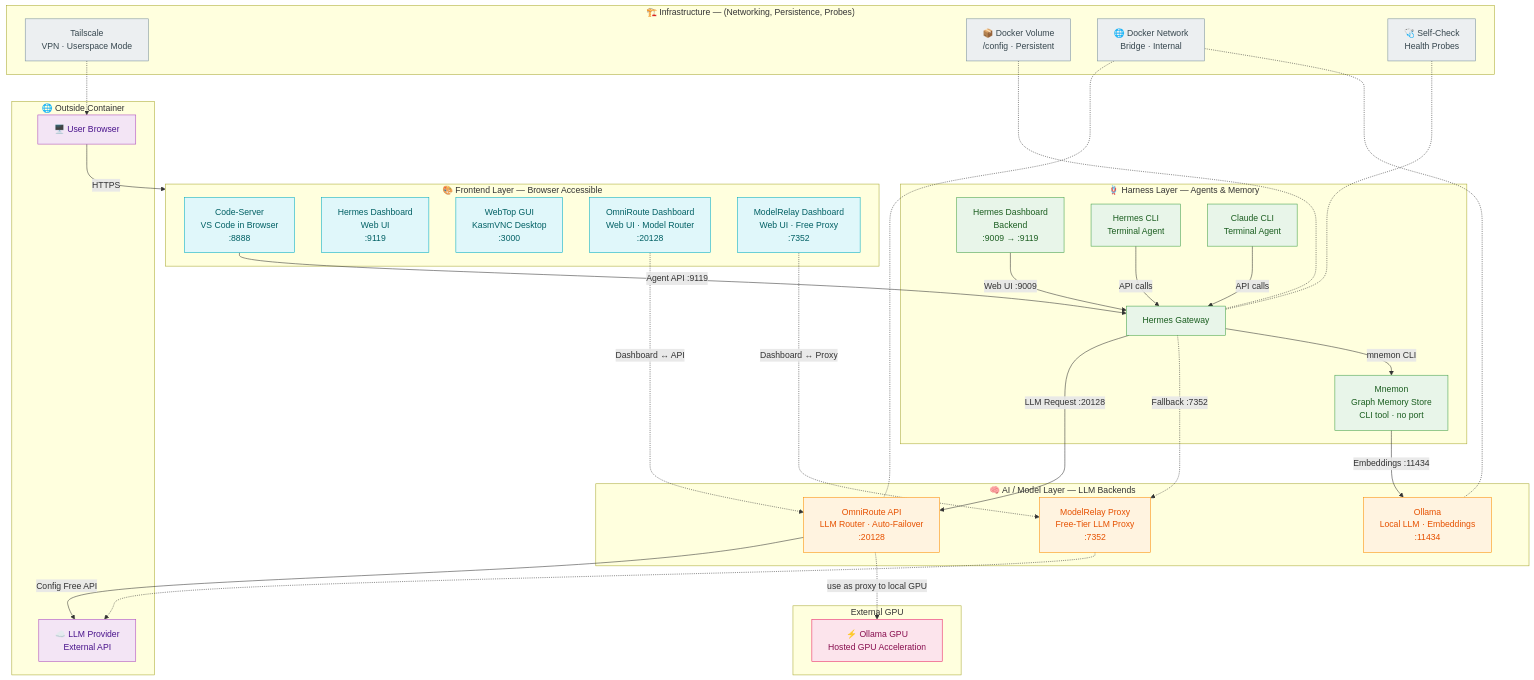
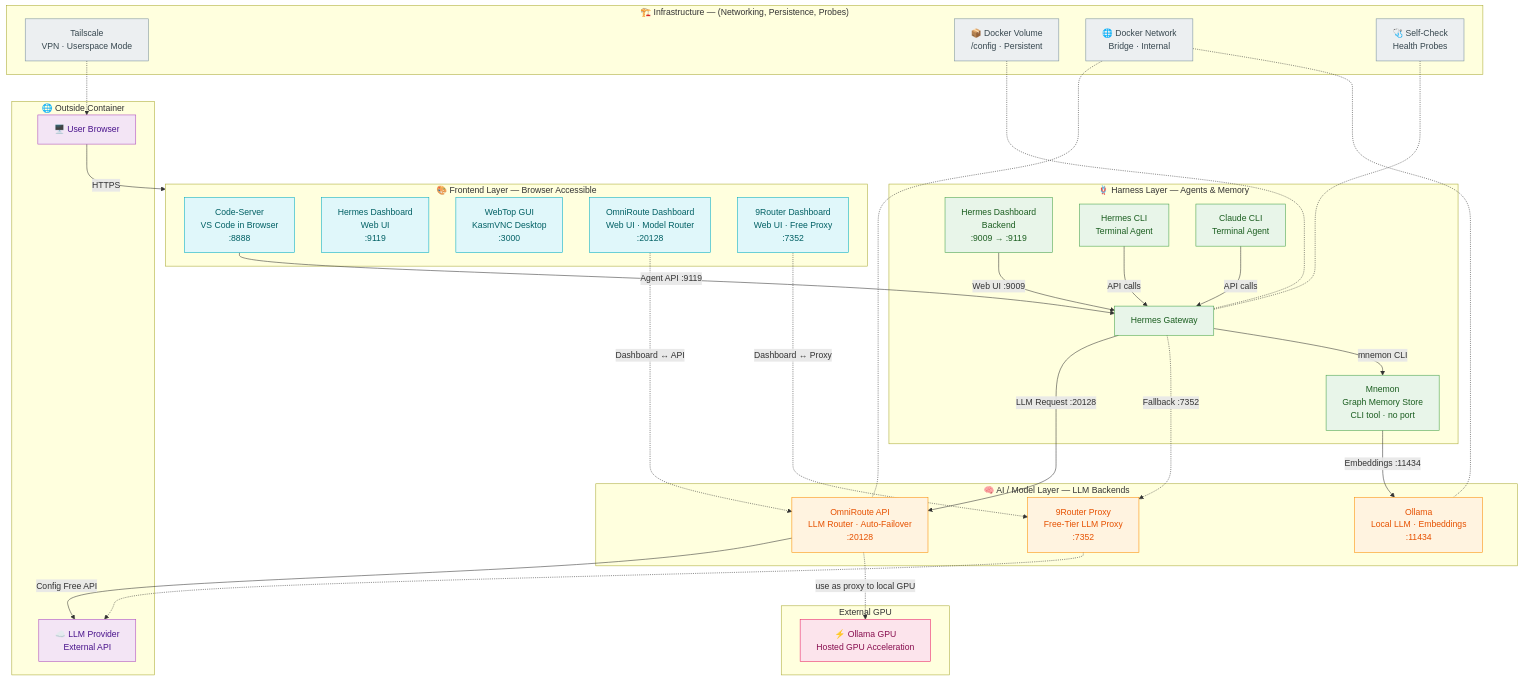
Before and after one commit to gitricko/hermes-webtop: the diagram in docs/architecture.md, drawn with Mermaid. The commit also changed other lines of this file and 32 other files, not shown here.

First line of the commit message:
feat: migrate ModelRelay → 9Router (port 7352 stays) (#53)

```diff
--- a/docs/architecture.md
+++ b/docs/architecture.md
@@ -18,7 +18,7 @@
         HermesDashFE[Hermes Dashboard<br/>Web UI<br/>:9119]
         WebTop[WebTop GUI<br/>KasmVNC Desktop<br/>:3000]
         OmniRouteDash[OmniRoute Dashboard<br/>Web UI · Model Router<br/>:20128]
-        ModelRelayDash[ModelRelay Dashboard<br/>Web UI · Free Proxy<br/>:7352]
+        9RouterDash[9Router Dashboard<br/>Web UI · Free Proxy<br/>:7352]
     end
 
     subgraph Harness["🪢 Harness Layer — Agents & Memory"]
@@ -31,7 +31,7 @@
 
     subgraph AI["🧠 AI / Model Layer — LLM Backends"]
         OmniRouteAPI[OmniRoute API<br/>LLM Router · Auto-Failover<br/>:20128]
-        ModelRelayProxy[ModelRelay Proxy<br/>Free-Tier LLM Proxy<br/>:7352]
+        9RouterProxy[9Router Proxy<br/>Free-Tier LLM Proxy<br/>:7352]
         Ollama[Ollama<br/>Local LLM · Embeddings<br/>:11434]
     end
 
@@ -57,7 +57,7 @@
 
     %% Gateway → AI Layer (primary)
     HermesGateway -- "LLM Request :20128" --> OmniRouteAPI
-    HermesGateway -.->|"Fallback :7352"| ModelRelayProxy
+    HermesGateway -.->|"Fallback :7352"| 9RouterProxy
 
     %% Memory path
     HermesGateway -- "mnemon CLI" --> Mnemon
@@ -65,11 +65,11 @@
 
     %% Dashboard → API internal arrows
     OmniRouteDash -.->|"Dashboard ↔ API"| OmniRouteAPI
-    ModelRelayDash -.->|"Dashboard ↔ Proxy"| ModelRelayProxy
+    9RouterDash -.->|"Dashboard ↔ Proxy"| 9RouterProxy
 
     %% AI → External
     OmniRouteAPI -- "Config Free API" --> LLMProvider
-    ModelRelayProxy -.-> LLMProvider
+    9RouterProxy -.-> LLMProvider
     %% GPU offloading
     OmniRouteAPI -.->|"use as proxy to local GPU"| OllamaGPU
 
@@ -88,9 +88,9 @@
     classDef external fill:#f3e5f5,stroke:#ab47bc,color:#4a148c
     classDef externalgpu fill:#fce4ec,stroke:#e91e63,color:#880e4f
 
-    class CodeServer,HermesDashFE,WebTop,OmniRouteDash,ModelRelayDash frontend
+    class CodeServer,HermesDashFE,WebTop,OmniRouteDash,9RouterDash frontend
     class HermesGateway,HermesDash,HermesCLI,ClaudeCLI,Mnemon harness
-    class OmniRouteAPI,ModelRelayProxy,Ollama ai
+    class OmniRouteAPI,9RouterProxy,Ollama ai
     class Tailscale,DockerVol,DockerNet,SelfCheck infra
     class Browser,LLMProvider external
     class OllamaGPU externalgpu
```
